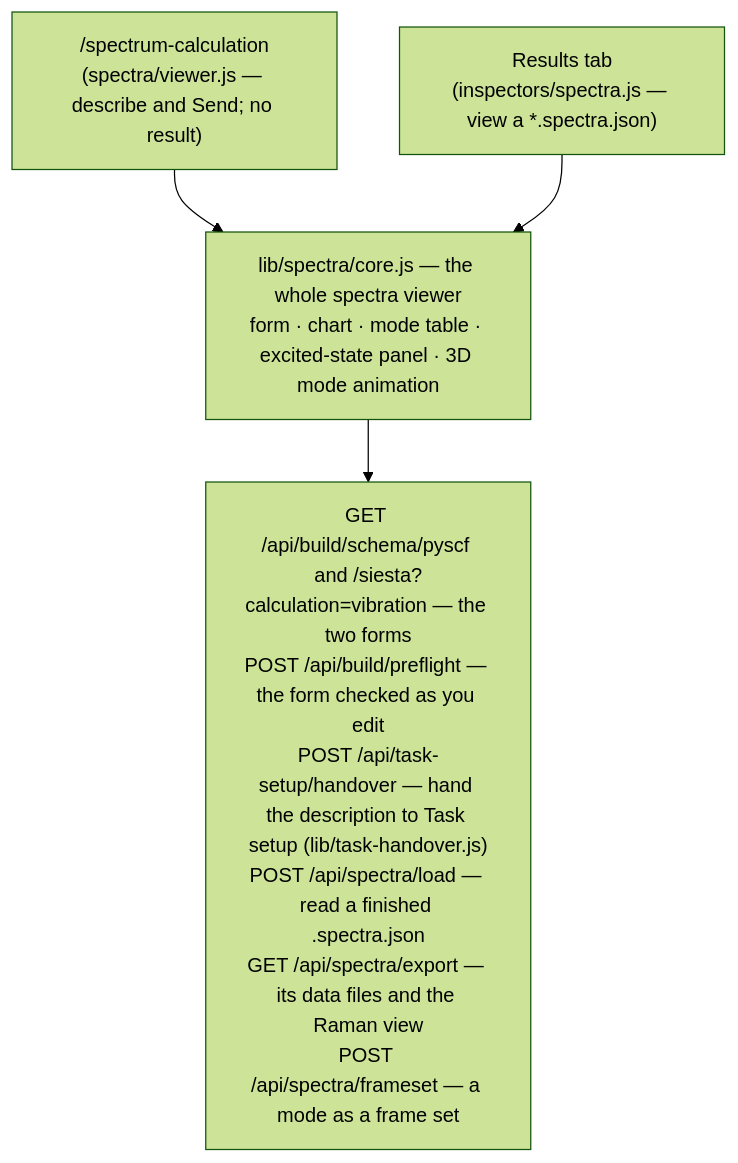
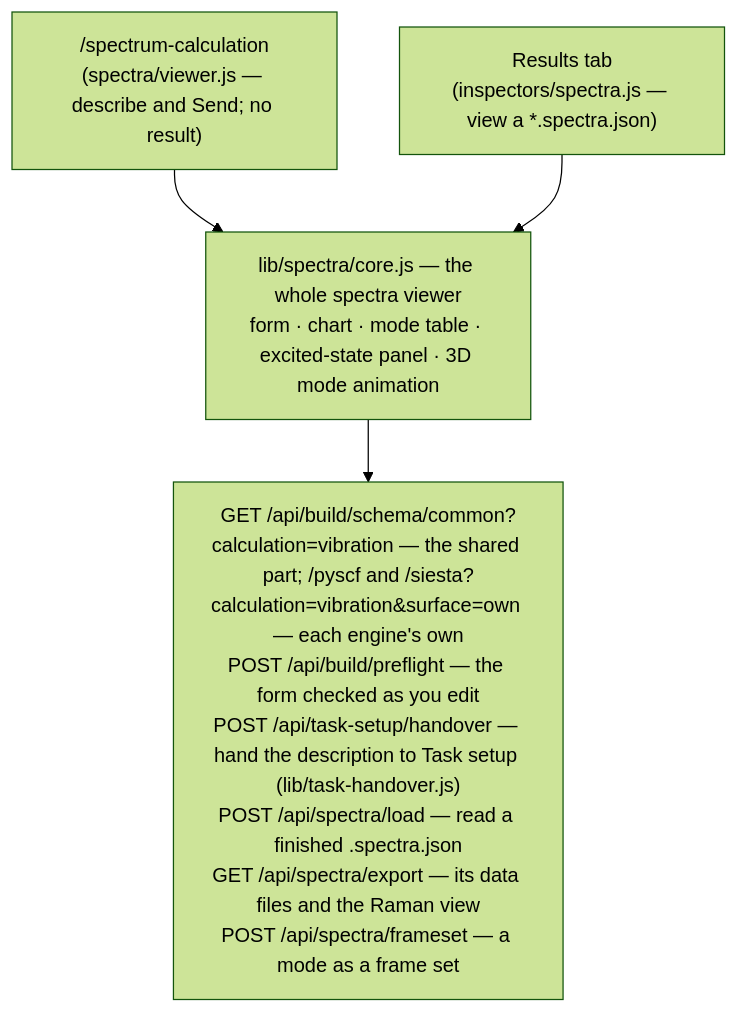
Before and after one commit to Qing-LAB/molbuilder: the diagram in docs/web/spectra.md, drawn with Mermaid (forest theme). The commit also changed other lines of this file and 82 other files, not shown here.

````diff
--- a/docs/web/spectra.md
+++ b/docs/web/spectra.md
@@ -57,7 +58,7 @@
 ```mermaid
 flowchart TD
   ENG["lib/spectra/core.js — the whole spectra viewer<br/>form · chart · mode table · excited-state panel · 3D mode animation"]
   TAB["/spectrum-calculation<br/>(spectra/viewer.js — describe and Send; no result)"] --> ENG
   RES["Results tab<br/>(inspectors/spectra.js — view a *.spectra.json)"] --> ENG
-  ENG --> API["GET /api/build/schema/pyscf and /siesta?calculation=vibration — the two forms<br/>POST /api/build/preflight — the form checked as you edit<br/>POST /api/task-setup/handover — hand the description to Task setup (lib/task-handover.js)<br/>POST /api/spectra/load — read a finished .spectra.json<br/>GET /api/spectra/export — its data files and the Raman view<br/>POST /api/spectra/frameset — a mode as a frame set"]
+  ENG --> API["GET /api/build/schema/common?calculation=vibration — the shared part; /pyscf and /siesta?calculation=vibration&surface=own — each engine's own<br/>POST /api/build/preflight — the form checked as you edit<br/>POST /api/task-setup/handover — hand the description to Task setup (lib/task-handover.js)<br/>POST /api/spectra/load — read a finished .spectra.json<br/>GET /api/spectra/export — its data files and the Raman view<br/>POST /api/spectra/frameset — a mode as a frame set"]
 ```
````
